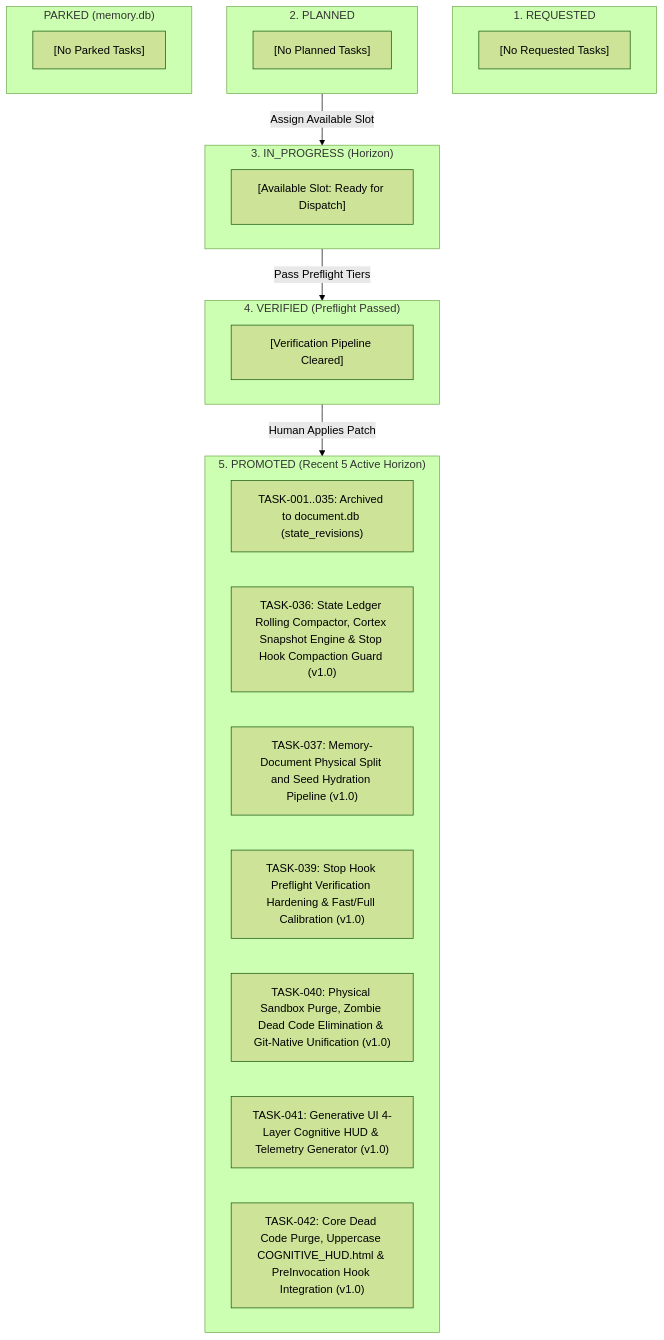
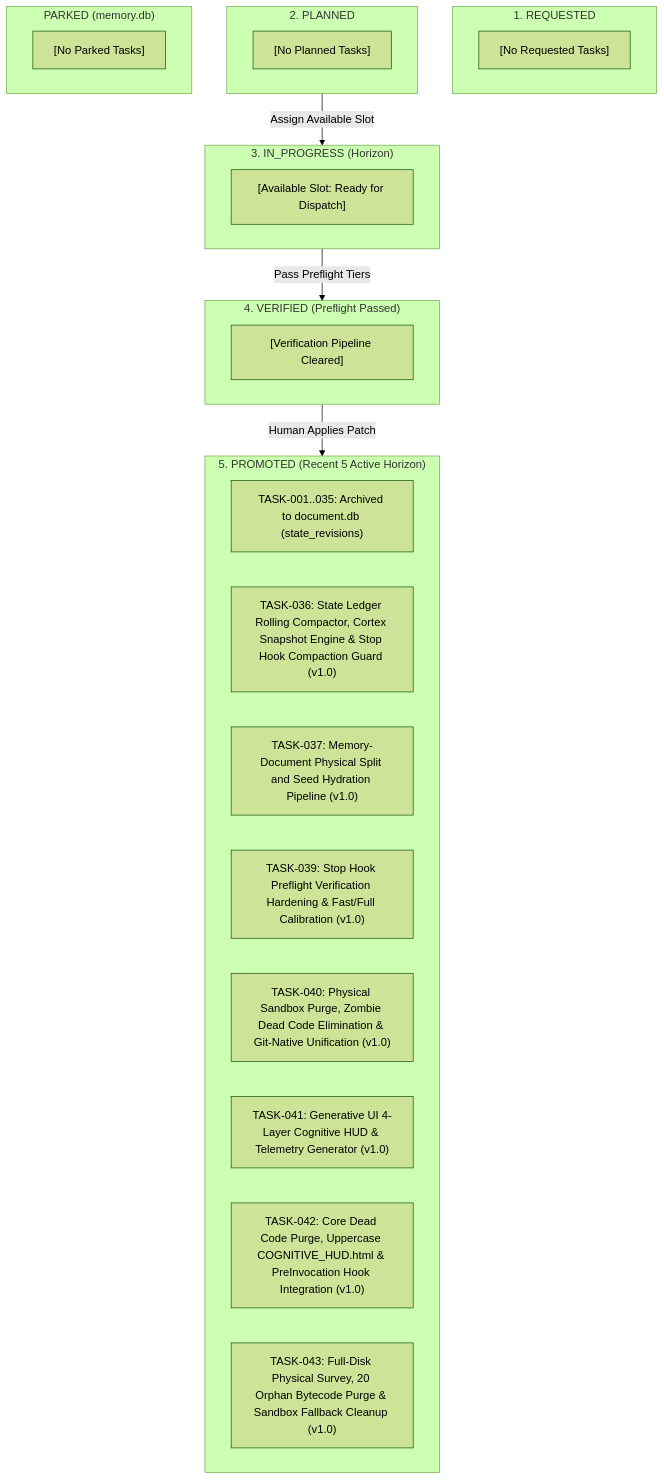
The third of 4 diagrams in docs/active/CURRENT_STATE.md (jinseobhong/antigravity-autopoiesis), drawn with Mermaid (forest theme) before and after one commit. The commit also changed other lines of this file and 3 other files, not shown here.

Commit message:
chore(cleanup): purge 20 orphan pyc bytecode files and clean dead sandbox fallbacks

````diff
--- a/docs/active/CURRENT_STATE.md
+++ b/docs/active/CURRENT_STATE.md
@@ -129,36 +129,37 @@
 ```mermaid
 flowchart TD
     subgraph ColRequested ["1. REQUESTED"]
         REQ_100["[No Requested Tasks]"]
     end
 
     subgraph ColPlanned ["2. PLANNED"]
         PLN_100["[No Planned Tasks]"]
     end
 
     subgraph ColParked ["PARKED (memory.db)"]
         PRK_100["[No Parked Tasks]"]
     end
 
     subgraph ColActive ["3. IN_PROGRESS (Horizon)"]
         ACT_100["[Available Slot: Ready for Dispatch]"]
     end
 
     subgraph ColVerified ["4. VERIFIED (Preflight Passed)"]
         VER_100["[Verification Pipeline Cleared]"]
     end
 
     subgraph ColPromoted ["5. PROMOTED (Recent 5 Active Horizon)"]
         PRM_ARCH["TASK-001..035: Archived to document.db (state_revisions)"]
         PRM_136["TASK-036: State Ledger Rolling Compactor, Cortex Snapshot Engine & Stop Hook Compaction Guard (v1.0)"]
         PRM_137["TASK-037: Memory-Document Physical Split and Seed Hydration Pipeline (v1.0)"]
         PRM_139["TASK-039: Stop Hook Preflight Verification Hardening & Fast/Full Calibration (v1.0)"]
         PRM_140["TASK-040: Physical Sandbox Purge, Zombie Dead Code Elimination & Git-Native Unification (v1.0)"]
         PRM_141["TASK-041: Generative UI 4-Layer Cognitive HUD & Telemetry Generator (v1.0)"]
         PRM_142["TASK-042: Core Dead Code Purge, Uppercase COGNITIVE_HUD.html & PreInvocation Hook Integration (v1.0)"]
+        PRM_143["TASK-043: Full-Disk Physical Survey, 20 Orphan Bytecode Purge & Sandbox Fallback Cleanup (v1.0)"]
     end
 
     ColPlanned -->|"Assign Available Slot"| ColActive
     ColActive -->|"Pass Preflight Tiers"| ColVerified
     ColVerified -->|"Human Applies Patch"| ColPromoted
 ```
````
